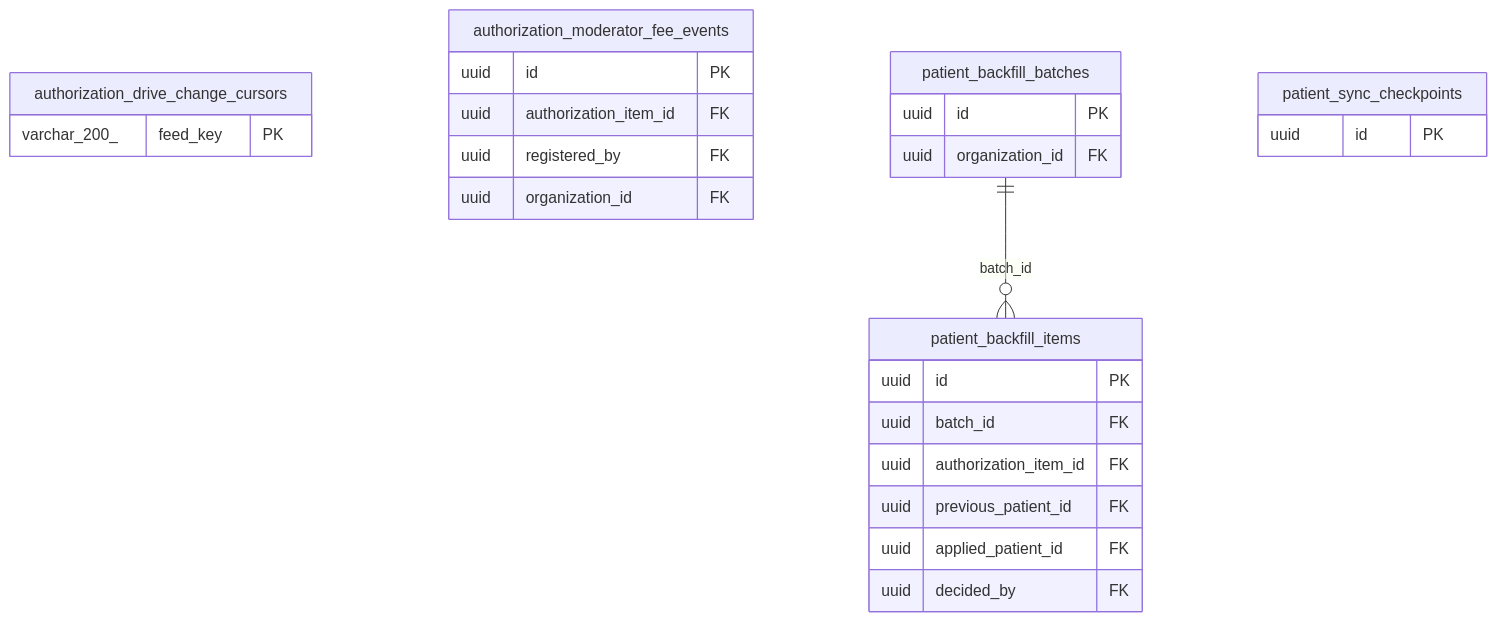
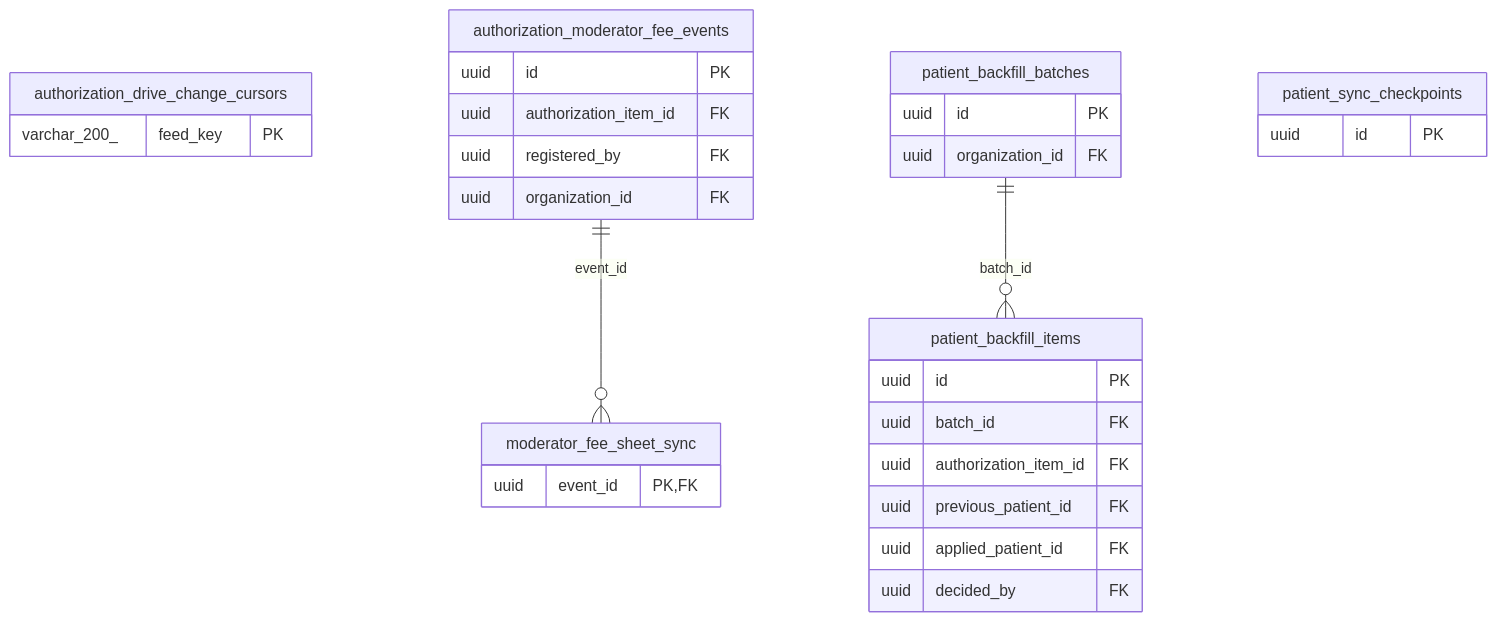
One commit to andresalvarezb/mtd-olp-medicarte changed the diagram in docs/base-de-datos/diagramas/otros.mmd. Above: the diagram before and after it, drawn with Mermaid. The commit also changed 21 other files, not shown here.

```diff
--- a/docs/base-de-datos/diagramas/otros.mmd
+++ b/docs/base-de-datos/diagramas/otros.mmd
@@ -1,27 +1,31 @@
 erDiagram
   authorization_drive_change_cursors {
     varchar_200_ feed_key PK
   }
   authorization_moderator_fee_events {
     uuid id PK
     uuid authorization_item_id FK
     uuid registered_by FK
     uuid organization_id FK
+  }
+  moderator_fee_sheet_sync {
+    uuid event_id PK,FK
   }
   patient_backfill_batches {
     uuid id PK
     uuid organization_id FK
   }
   patient_backfill_items {
     uuid id PK
     uuid batch_id FK
     uuid authorization_item_id FK
     uuid previous_patient_id FK
     uuid applied_patient_id FK
     uuid decided_by FK
   }
   patient_sync_checkpoints {
     uuid id PK
   }
+  authorization_moderator_fee_events ||--o{ moderator_fee_sheet_sync : "event_id"
   patient_backfill_batches ||--o{ patient_backfill_items : "batch_id"
   %% Relaciones entre dominios: consultar schema-index.json / catálogo generado.
```
